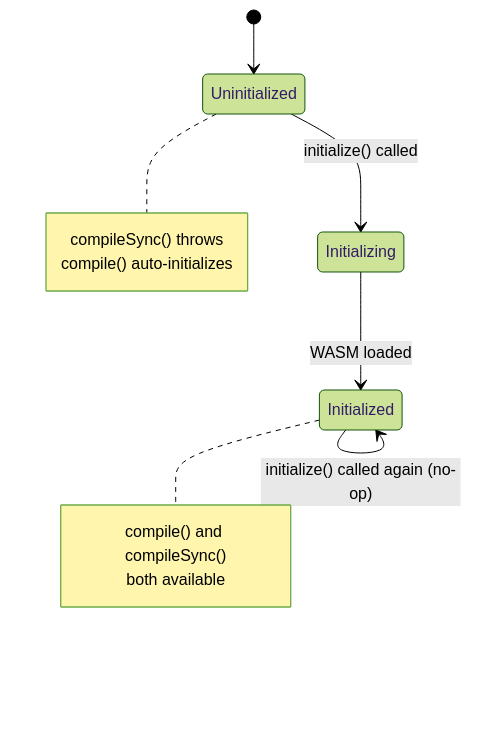
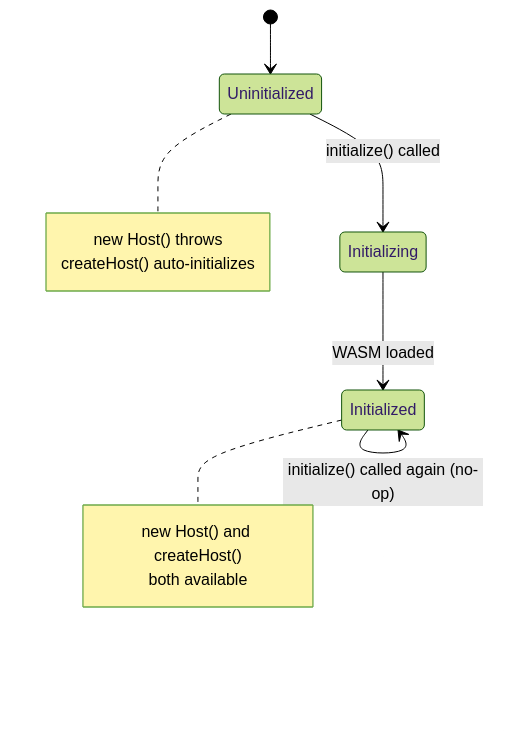
Before and after one commit to pikax/verter: the third of 3 diagrams in packages/wasm/README.md, drawn with Mermaid (forest theme). The commit also changed other lines of this file and 7 other files, not shown here.

````diff
--- a/packages/wasm/README.md
+++ b/packages/wasm/README.md
@@ -63,17 +63,17 @@
 ```mermaid
 stateDiagram-v2
     [*] --> Uninitialized
     Uninitialized --> Initializing: initialize() called
     Initializing --> Initialized: WASM loaded
     Initialized --> Initialized: initialize() called again (no-op)
 
     note right of Uninitialized
-        compileSync() throws
-        compile() auto-initializes
+        new Host() throws
+        createHost() auto-initializes
     end note
 
     note right of Initialized
-        compile() and compileSync()
+        new Host() and createHost()
         both available
     end note
 ```
````
